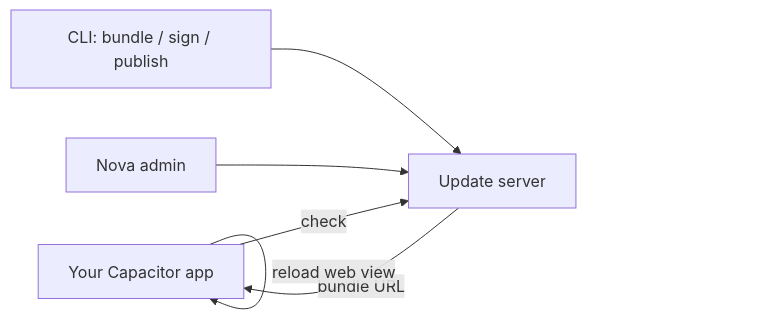
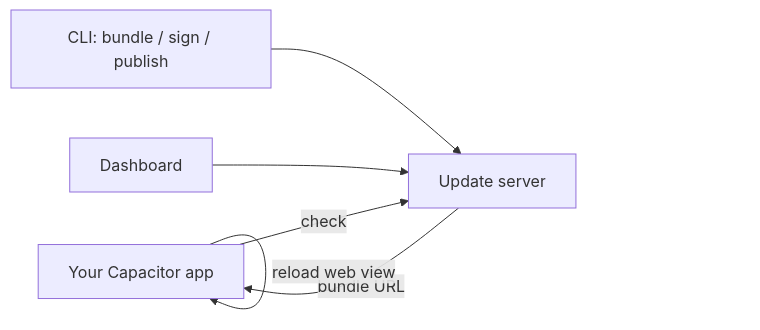
One commit to aoneahsan/native-update-docs changed the diagram in docs/intro.md. Above: the diagram before and after it, drawn with Mermaid. The commit also changed other lines of this file and 78 other files, not shown here.

````diff
--- a/docs/intro.md
+++ b/docs/intro.md
@@ -46,9 +46,9 @@
 ```mermaid
 flowchart LR
     A[Your Capacitor app] -- check --> B[Update server]
     B -- bundle URL --> A
     A -- download + verify signature --> A
     A -- reload web view --> A
     C[CLI: bundle / sign / publish] --> B
-    D[Nova admin] --> B
+    D[Dashboard] --> B
 ```
````
